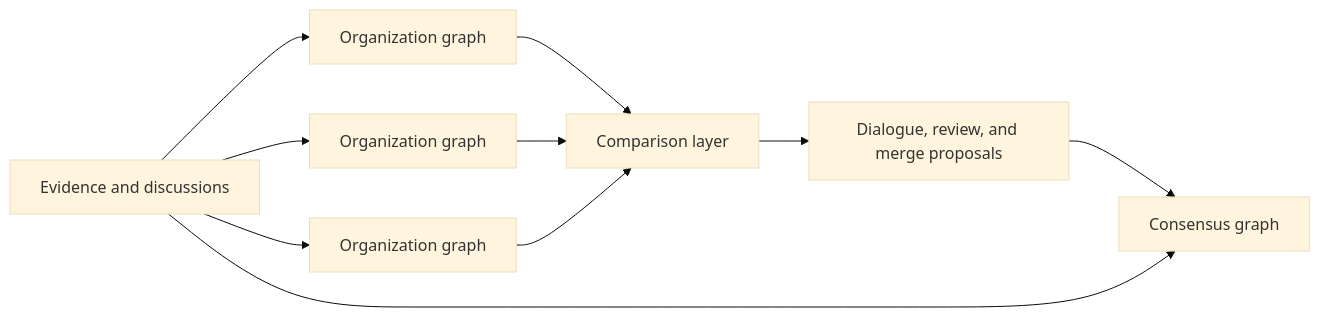
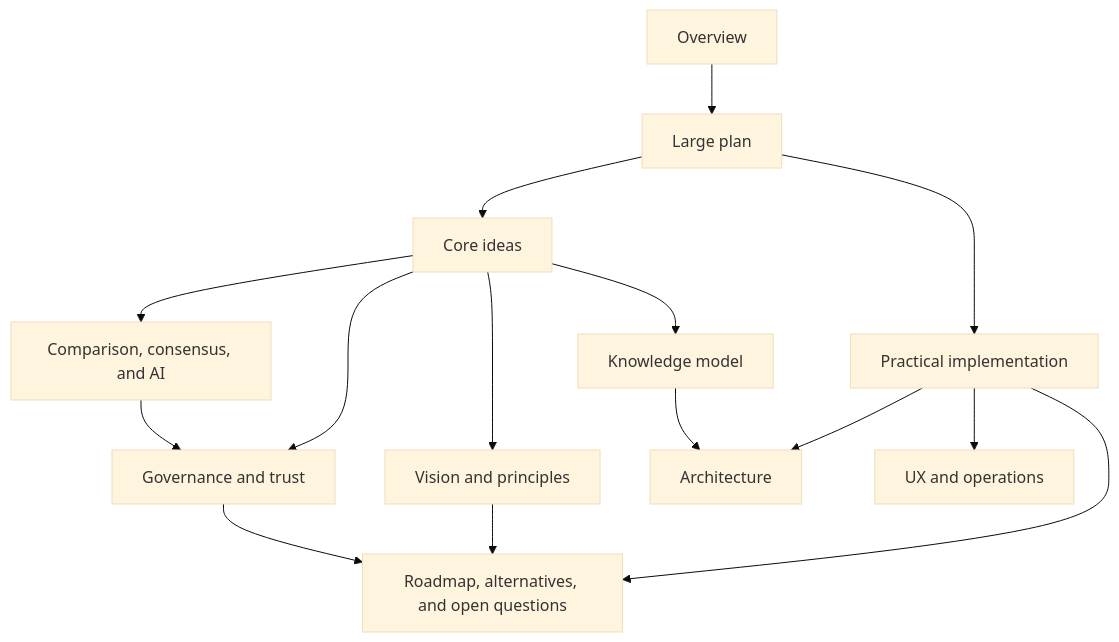
Before and after one commit to Guebbit/politree: the diagram in docs/index.md, drawn with Mermaid (base theme). The commit also changed other lines of this file and 11 other files, not shown here.

````diff
--- a/docs/index.md
+++ b/docs/index.md
@@ -51,12 +16,17 @@
 ```mermaid
-flowchart LR
-  A[Organization graph] --> B[Comparison layer]
-  C[Organization graph] --> B
-  D[Organization graph] --> B
-  B --> E[Dialogue, review, and merge proposals]
-  E --> F[Consensus graph]
-  G[Evidence and discussions] --> A
-  G --> C
-  G --> D
-  G --> F
+flowchart TD
+  A[Overview] --> B[Large plan]
+  B --> C[Core ideas]
+  B --> D[Practical implementation]
+  C --> E[Vision and principles]
+  C --> F[Knowledge model]
+  C --> G[Comparison, consensus, and AI]
+  C --> H[Governance and trust]
+  D --> I[Architecture]
+  D --> J[UX and operations]
+  D --> K[Roadmap, alternatives, and open questions]
+  E --> K
+  F --> I
+  G --> H
+  H --> K
 ```
````
